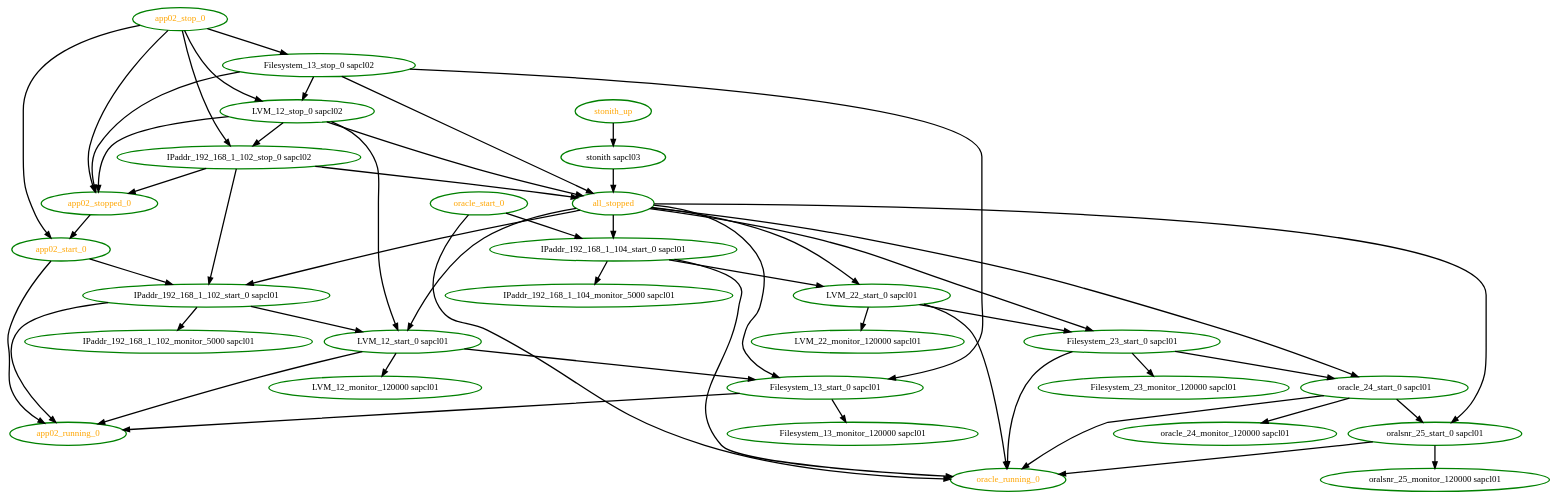
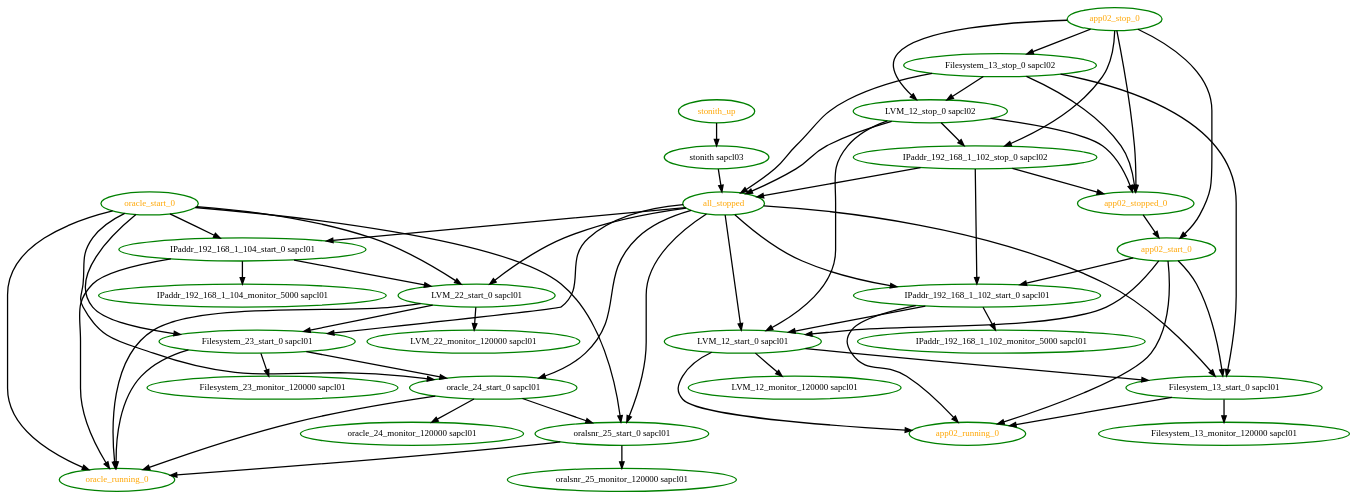
One commit to linux-ha-japan/pm_diskd changed the diagram in pengine/testcases/rec-node-15.dot. Above: the diagram before and after it, drawn with Graphviz. The commit also changed 57 other files, not shown here.

Commit message:
High: PE: Group start ordering fixes Ensure group.start is included in the graph if any of its members are starting.  This allows it to be ordered after group.stopped and group.demoted actions (if any member of the group is being stopped or demoted)

```diff
--- a/pengine/testcases/rec-node-15.dot
+++ b/pengine/testcases/rec-node-15.dot
@@ -1,83 +1,89 @@
  digraph "g" {
 "Filesystem_13_monitor_120000 sapcl01" [ style=bold color="green" fontcolor="black"  ]
 "Filesystem_13_start_0 sapcl01" -> "Filesystem_13_monitor_120000 sapcl01" [ style = bold]
 "Filesystem_13_start_0 sapcl01" -> "app02_running_0" [ style = bold]
 "Filesystem_13_start_0 sapcl01" [ style=bold color="green" fontcolor="black"  ]
 "Filesystem_13_stop_0 sapcl02" -> "Filesystem_13_start_0 sapcl01" [ style = bold]
 "Filesystem_13_stop_0 sapcl02" -> "LVM_12_stop_0 sapcl02" [ style = bold]
 "Filesystem_13_stop_0 sapcl02" -> "all_stopped" [ style = bold]
 "Filesystem_13_stop_0 sapcl02" -> "app02_stopped_0" [ style = bold]
 "Filesystem_13_stop_0 sapcl02" [ style=bold color="green" fontcolor="black"  ]
 "Filesystem_23_monitor_120000 sapcl01" [ style=bold color="green" fontcolor="black"  ]
 "Filesystem_23_start_0 sapcl01" -> "Filesystem_23_monitor_120000 sapcl01" [ style = bold]
 "Filesystem_23_start_0 sapcl01" -> "oracle_24_start_0 sapcl01" [ style = bold]
 "Filesystem_23_start_0 sapcl01" -> "oracle_running_0" [ style = bold]
 "Filesystem_23_start_0 sapcl01" [ style=bold color="green" fontcolor="black"  ]
 "IPaddr_192_168_1_102_monitor_5000 sapcl01" [ style=bold color="green" fontcolor="black"  ]
 "IPaddr_192_168_1_102_start_0 sapcl01" -> "IPaddr_192_168_1_102_monitor_5000 sapcl01" [ style = bold]
 "IPaddr_192_168_1_102_start_0 sapcl01" -> "LVM_12_start_0 sapcl01" [ style = bold]
 "IPaddr_192_168_1_102_start_0 sapcl01" -> "app02_running_0" [ style = bold]
 "IPaddr_192_168_1_102_start_0 sapcl01" [ style=bold color="green" fontcolor="black"  ]
 "IPaddr_192_168_1_102_stop_0 sapcl02" -> "IPaddr_192_168_1_102_start_0 sapcl01" [ style = bold]
 "IPaddr_192_168_1_102_stop_0 sapcl02" -> "all_stopped" [ style = bold]
 "IPaddr_192_168_1_102_stop_0 sapcl02" -> "app02_stopped_0" [ style = bold]
 "IPaddr_192_168_1_102_stop_0 sapcl02" [ style=bold color="green" fontcolor="black"  ]
 "IPaddr_192_168_1_104_monitor_5000 sapcl01" [ style=bold color="green" fontcolor="black"  ]
 "IPaddr_192_168_1_104_start_0 sapcl01" -> "IPaddr_192_168_1_104_monitor_5000 sapcl01" [ style = bold]
 "IPaddr_192_168_1_104_start_0 sapcl01" -> "LVM_22_start_0 sapcl01" [ style = bold]
 "IPaddr_192_168_1_104_start_0 sapcl01" -> "oracle_running_0" [ style = bold]
 "IPaddr_192_168_1_104_start_0 sapcl01" [ style=bold color="green" fontcolor="black"  ]
 "LVM_12_monitor_120000 sapcl01" [ style=bold color="green" fontcolor="black"  ]
 "LVM_12_start_0 sapcl01" -> "Filesystem_13_start_0 sapcl01" [ style = bold]
 "LVM_12_start_0 sapcl01" -> "LVM_12_monitor_120000 sapcl01" [ style = bold]
 "LVM_12_start_0 sapcl01" -> "app02_running_0" [ style = bold]
 "LVM_12_start_0 sapcl01" [ style=bold color="green" fontcolor="black"  ]
 "LVM_12_stop_0 sapcl02" -> "IPaddr_192_168_1_102_stop_0 sapcl02" [ style = bold]
 "LVM_12_stop_0 sapcl02" -> "LVM_12_start_0 sapcl01" [ style = bold]
 "LVM_12_stop_0 sapcl02" -> "all_stopped" [ style = bold]
 "LVM_12_stop_0 sapcl02" -> "app02_stopped_0" [ style = bold]
 "LVM_12_stop_0 sapcl02" [ style=bold color="green" fontcolor="black"  ]
 "LVM_22_monitor_120000 sapcl01" [ style=bold color="green" fontcolor="black"  ]
 "LVM_22_start_0 sapcl01" -> "Filesystem_23_start_0 sapcl01" [ style = bold]
 "LVM_22_start_0 sapcl01" -> "LVM_22_monitor_120000 sapcl01" [ style = bold]
 "LVM_22_start_0 sapcl01" -> "oracle_running_0" [ style = bold]
 "LVM_22_start_0 sapcl01" [ style=bold color="green" fontcolor="black"  ]
 "all_stopped" -> "Filesystem_13_start_0 sapcl01" [ style = bold]
 "all_stopped" -> "Filesystem_23_start_0 sapcl01" [ style = bold]
 "all_stopped" -> "IPaddr_192_168_1_102_start_0 sapcl01" [ style = bold]
 "all_stopped" -> "IPaddr_192_168_1_104_start_0 sapcl01" [ style = bold]
 "all_stopped" -> "LVM_12_start_0 sapcl01" [ style = bold]
 "all_stopped" -> "LVM_22_start_0 sapcl01" [ style = bold]
 "all_stopped" -> "oracle_24_start_0 sapcl01" [ style = bold]
 "all_stopped" -> "oralsnr_25_start_0 sapcl01" [ style = bold]
 "all_stopped" [ style=bold color="green" fontcolor="orange"  ]
 "app02_running_0" [ style=bold color="green" fontcolor="orange"  ]
+"app02_start_0" -> "Filesystem_13_start_0 sapcl01" [ style = bold]
 "app02_start_0" -> "IPaddr_192_168_1_102_start_0 sapcl01" [ style = bold]
+"app02_start_0" -> "LVM_12_start_0 sapcl01" [ style = bold]
 "app02_start_0" -> "app02_running_0" [ style = bold]
 "app02_start_0" [ style=bold color="green" fontcolor="orange"  ]
 "app02_stop_0" -> "Filesystem_13_stop_0 sapcl02" [ style = bold]
 "app02_stop_0" -> "IPaddr_192_168_1_102_stop_0 sapcl02" [ style = bold]
 "app02_stop_0" -> "LVM_12_stop_0 sapcl02" [ style = bold]
 "app02_stop_0" -> "app02_start_0" [ style = bold]
 "app02_stop_0" -> "app02_stopped_0" [ style = bold]
 "app02_stop_0" [ style=bold color="green" fontcolor="orange"  ]
 "app02_stopped_0" -> "app02_start_0" [ style = bold]
 "app02_stopped_0" [ style=bold color="green" fontcolor="orange"  ]
 "oracle_24_monitor_120000 sapcl01" [ style=bold color="green" fontcolor="black"  ]
 "oracle_24_start_0 sapcl01" -> "oracle_24_monitor_120000 sapcl01" [ style = bold]
 "oracle_24_start_0 sapcl01" -> "oracle_running_0" [ style = bold]
 "oracle_24_start_0 sapcl01" -> "oralsnr_25_start_0 sapcl01" [ style = bold]
 "oracle_24_start_0 sapcl01" [ style=bold color="green" fontcolor="black"  ]
 "oracle_running_0" [ style=bold color="green" fontcolor="orange"  ]
+"oracle_start_0" -> "Filesystem_23_start_0 sapcl01" [ style = bold]
 "oracle_start_0" -> "IPaddr_192_168_1_104_start_0 sapcl01" [ style = bold]
+"oracle_start_0" -> "LVM_22_start_0 sapcl01" [ style = bold]
+"oracle_start_0" -> "oracle_24_start_0 sapcl01" [ style = bold]
 "oracle_start_0" -> "oracle_running_0" [ style = bold]
+"oracle_start_0" -> "oralsnr_25_start_0 sapcl01" [ style = bold]
 "oracle_start_0" [ style=bold color="green" fontcolor="orange"  ]
 "oralsnr_25_monitor_120000 sapcl01" [ style=bold color="green" fontcolor="black"  ]
 "oralsnr_25_start_0 sapcl01" -> "oracle_running_0" [ style = bold]
 "oralsnr_25_start_0 sapcl01" -> "oralsnr_25_monitor_120000 sapcl01" [ style = bold]
 "oralsnr_25_start_0 sapcl01" [ style=bold color="green" fontcolor="black"  ]
 "stonith sapcl03" -> "all_stopped" [ style = bold]
 "stonith sapcl03" [ style=bold color="green" fontcolor="black"  ]
 "stonith_up" -> "stonith sapcl03" [ style = bold]
 "stonith_up" [ style=bold color="green" fontcolor="orange"  ]
 }
```
